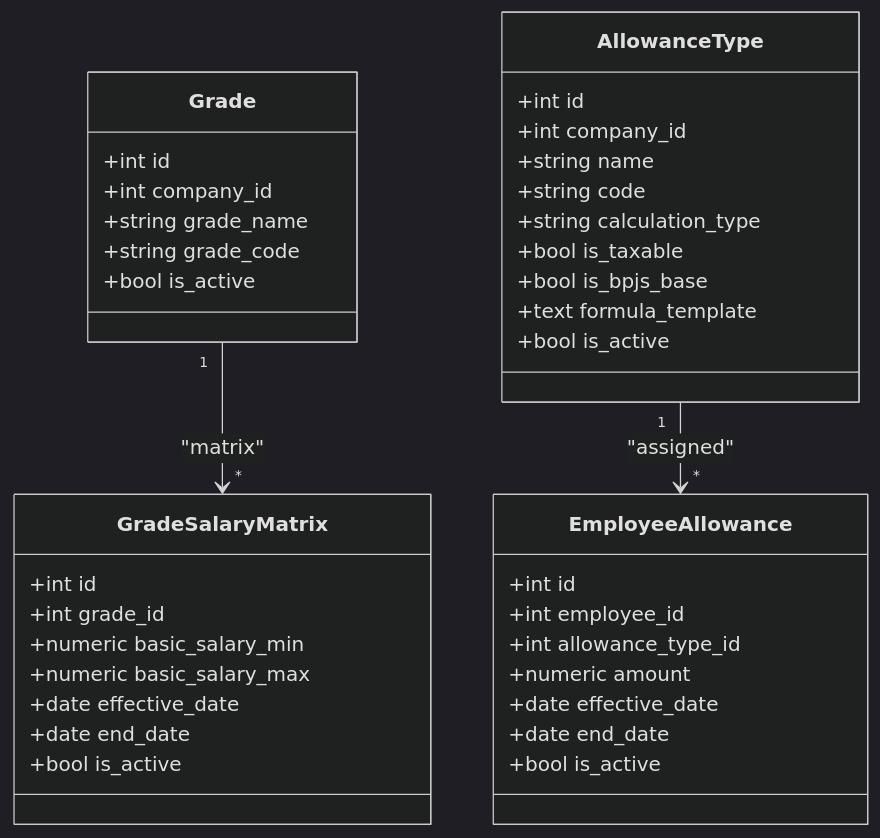
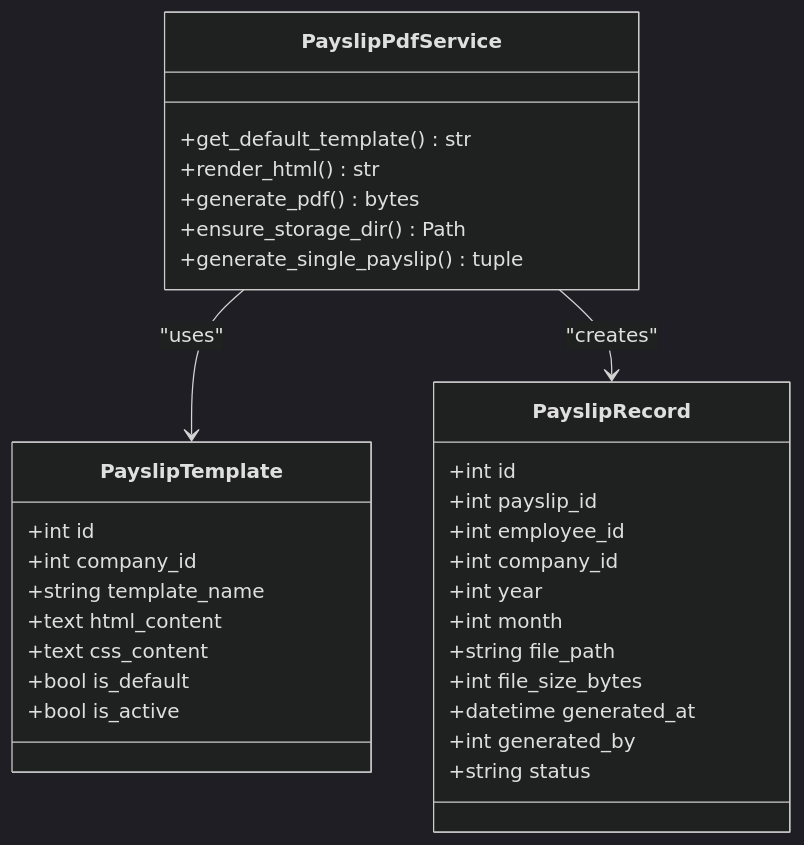
One commit to bikinaplikasipakeqoder-dot/payroll-hris changed the eighth of 9 diagrams in .qoder/repowiki/en/content/Payroll Processing.md. Above: the diagram before and after it, drawn with Mermaid (dark theme). The commit also changed other lines of this file and 22 other files, not shown here.

````diff
--- a/.qoder/repowiki/en/content/Payroll Processing.md
+++ b/.qoder/repowiki/en/content/Payroll Processing.md
@@ -297,41 +431,34 @@
 ```mermaid
 classDiagram
-class Grade {
+class PayslipPdfService {
++get_default_template() str
++render_html() str
++generate_pdf() bytes
++ensure_storage_dir() Path
++generate_single_payslip() tuple
+}
+class PayslipTemplate {
 +int id
 +int company_id
-+string grade_name
-+string grade_code
++string template_name
++text html_content
++text css_content
++bool is_default
 +bool is_active
 }
-class GradeSalaryMatrix {
+class PayslipRecord {
 +int id
-+int grade_id
-+numeric basic_salary_min
-+numeric basic_salary_max
-+date effective_date
-+date end_date
-+bool is_active
++int payslip_id
++int employee_id
++int company_id
++int year
++int month
++string file_path
++int file_size_bytes
++datetime generated_at
++int generated_by
++string status
 }
-class AllowanceType {
-+int id
-+int company_id
-+string name
-+string code
-+string calculation_type
-+bool is_taxable
-+bool is_bpjs_base
-+text formula_template
-+bool is_active
-}
-class EmployeeAllowance {
-+int id
-+int employee_id
-+int allowance_type_id
-+numeric amount
-+date effective_date
-+date end_date
-+bool is_active
-}
-Grade "1" --> "*" GradeSalaryMatrix : "matrix"
-AllowanceType "1" --> "*" EmployeeAllowance : "assigned"
+PayslipPdfService --> PayslipTemplate : "uses"
+PayslipPdfService --> PayslipRecord : "creates"
 ```
````
